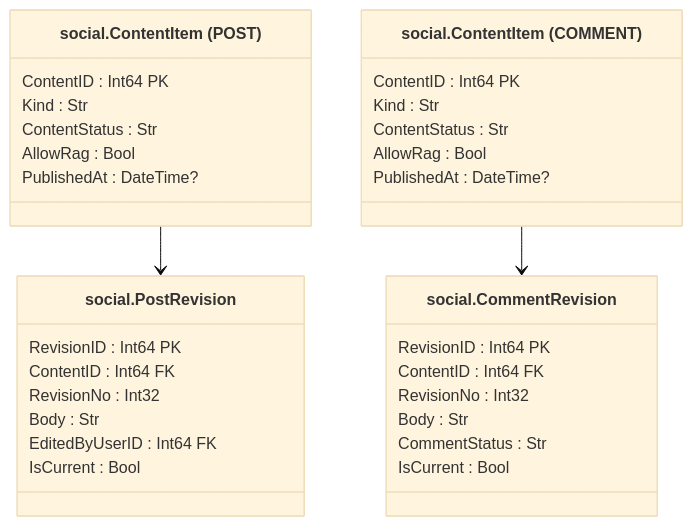
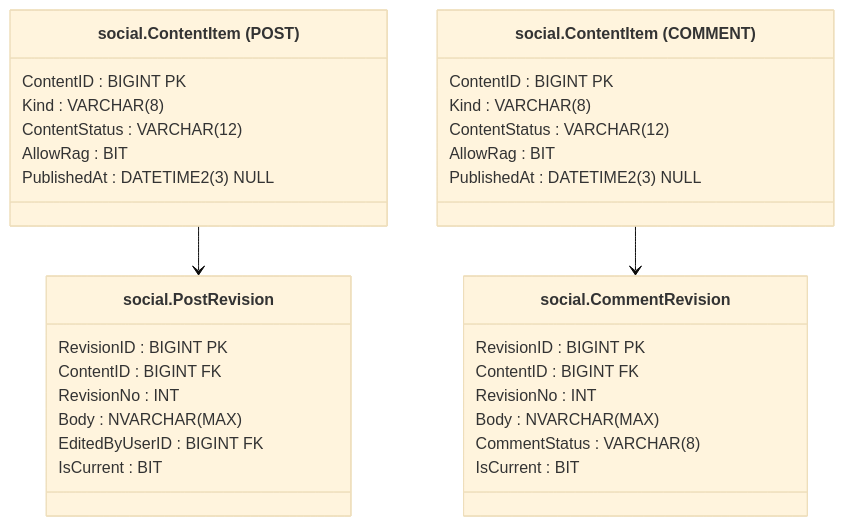
The fifth of 15 diagrams in 03SQL-CourseWork/architecture/database-model.md (lkeey/BIVT-labs), drawn with Mermaid (base theme) before and after one commit. The commit also changed other lines of this file, not shown here.

Commit message:
docs(coursework): use exact T-SQL types in database diagrams

```diff
--- a/03SQL-CourseWork/architecture/database-model.md
+++ b/03SQL-CourseWork/architecture/database-model.md
@@ -179,36 +179,36 @@
 ~~~mermaid
 classDiagram
     direction TB
     class P["social.ContentItem (POST)"] {
-        ContentID : Int64 PK
-        Kind : Str
-        ContentStatus : Str
-        AllowRag : Bool
-        PublishedAt : DateTime?
+        ContentID : BIGINT PK
+        Kind : VARCHAR#40;8#41;
+        ContentStatus : VARCHAR#40;12#41;
+        AllowRag : BIT
+        PublishedAt : DATETIME2#40;3#41; NULL
     }
     class PR["social.PostRevision"] {
-        RevisionID : Int64 PK
-        ContentID : Int64 FK
-        RevisionNo : Int32
-        Body : Str
-        EditedByUserID : Int64 FK
-        IsCurrent : Bool
+        RevisionID : BIGINT PK
+        ContentID : BIGINT FK
+        RevisionNo : INT
+        Body : NVARCHAR#40;MAX#41;
+        EditedByUserID : BIGINT FK
+        IsCurrent : BIT
     }
     class C["social.ContentItem (COMMENT)"] {
-        ContentID : Int64 PK
-        Kind : Str
-        ContentStatus : Str
-        AllowRag : Bool
-        PublishedAt : DateTime?
+        ContentID : BIGINT PK
+        Kind : VARCHAR#40;8#41;
+        ContentStatus : VARCHAR#40;12#41;
+        AllowRag : BIT
+        PublishedAt : DATETIME2#40;3#41; NULL
     }
     class CR["social.CommentRevision"] {
-        RevisionID : Int64 PK
-        ContentID : Int64 FK
-        RevisionNo : Int32
-        Body : Str
-        CommentStatus : Str
-        IsCurrent : Bool
+        RevisionID : BIGINT PK
+        ContentID : BIGINT FK
+        RevisionNo : INT
+        Body : NVARCHAR#40;MAX#41;
+        CommentStatus : VARCHAR#40;8#41;
+        IsCurrent : BIT
     }
     P --> PR
     C --> CR
 ~~~
```
